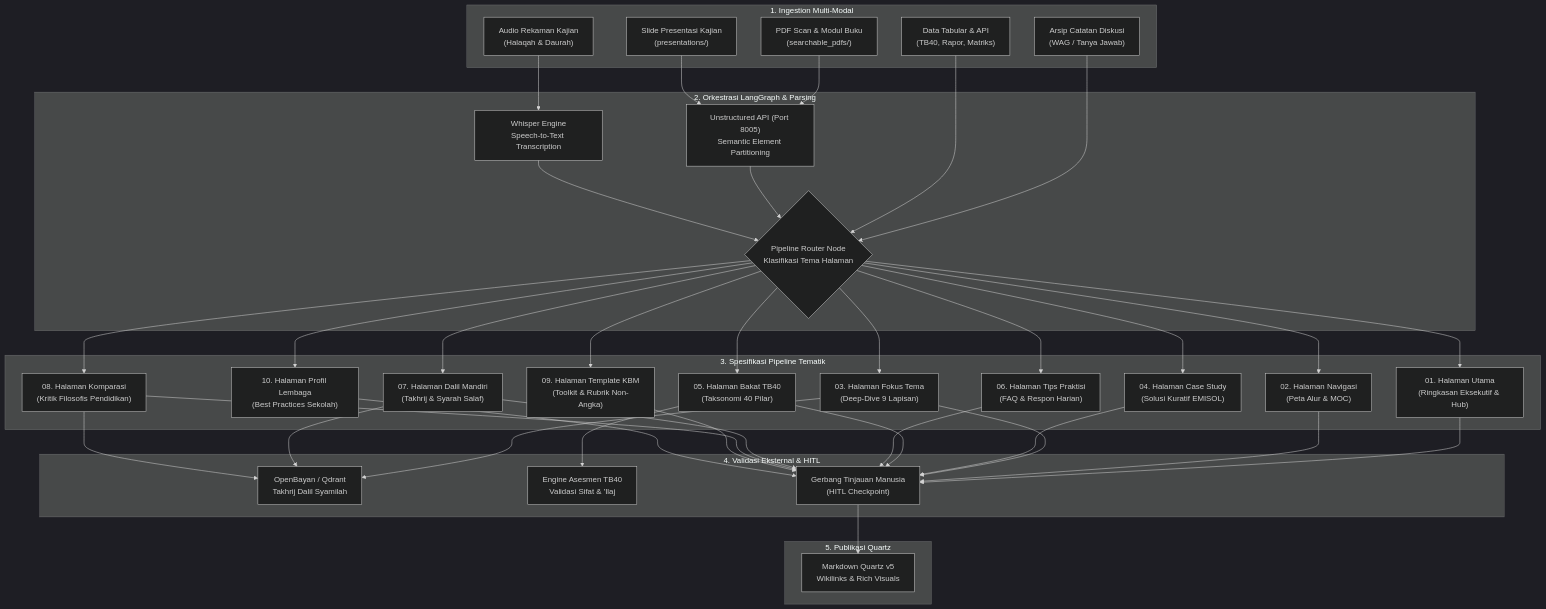
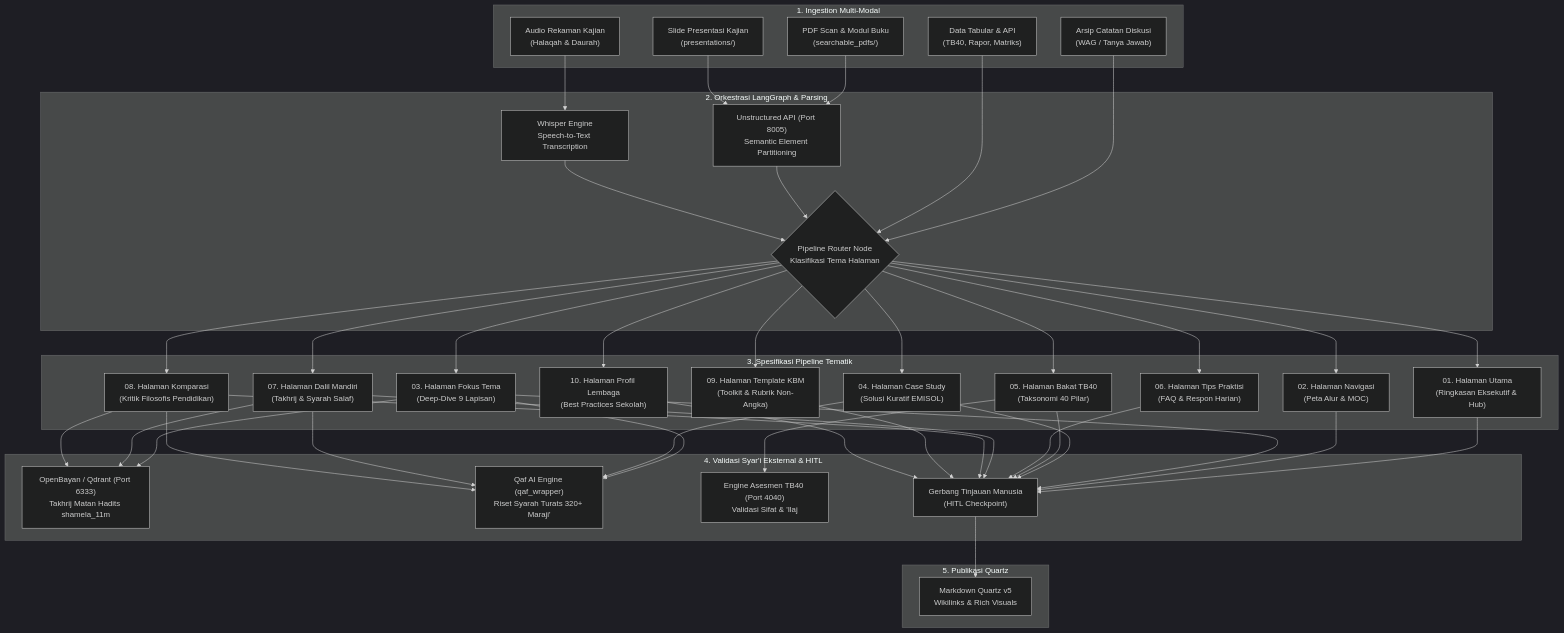
Before and after one commit to decaller/wiki-pkn: the first of 3 diagrams in pipeline_designs/README.md, drawn with Mermaid (dark theme). The commit also changed other lines of this file and 6 other files, not shown here.

Commit message:
docs(pipeline): integrate progressive disclosure, diataxis, style guide, and enterprise RAG patterns into architecture and TODO

````diff
--- a/pipeline_designs/README.md
+++ b/pipeline_designs/README.md
@@ -28,52 +30,54 @@
 ```mermaid
 flowchart TD
     subgraph INGESTION["1. Ingestion Multi-Modal"]
         RAW_PDF["PDF Scan & Modul Buku<br/>(searchable_pdfs/)"]
         RAW_PPT["Slide Presentasi Kajian<br/>(presentations/)"]
         RAW_AUDIO["Audio Rekaman Kajian<br/>(Halaqah & Daurah)"]
         RAW_CHAT["Arsip Catatan Diskusi<br/>(WAG / Tanya Jawab)"]
         RAW_DATA["Data Tabular & API<br/>(TB40, Rapor, Matriks)"]
     end
 
     subgraph ORCHESTRATION["2. Orkestrasi LangGraph & Parsing"]
         UNSTRUCT["Unstructured API (Port 8005)<br/>Semantic Element Partitioning"]
         WHISPER["Whisper Engine<br/>Speech-to-Text Transcription"]
         ROUTER{"Pipeline Router Node<br/>Klasifikasi Tema Halaman"}
     end
 
     subgraph PIPELINES["3. Spesifikasi Pipeline Tematik"]
         P1["01. Halaman Utama<br/>(Ringkasan Eksekutif & Hub)"]
         P2["02. Halaman Navigasi<br/>(Peta Alur & MOC)"]
         P3["03. Halaman Fokus Tema<br/>(Deep-Dive 9 Lapisan)"]
         P4["04. Halaman Case Study<br/>(Solusi Kuratif EMISOL)"]
         P5["05. Halaman Bakat TB40<br/>(Taksonomi 40 Pilar)"]
         P6["06. Halaman Tips Praktisi<br/>(FAQ & Respon Harian)"]
         P7["07. Halaman Dalil Mandiri<br/>(Takhrij & Syarah Salaf)"]
         P8["08. Halaman Komparasi<br/>(Kritik Filosofis Pendidikan)"]
         P9["09. Halaman Template KBM<br/>(Toolkit & Rubrik Non-Angka)"]
         P10["10. Halaman Profil Lembaga<br/>(Best Practices Sekolah)"]
     end
 
-    subgraph VERIFICATION["4. Validasi Eksternal & HITL"]
-        QDRANT["OpenBayan / Qdrant<br/>Takhrij Dalil Syamilah"]
-        TB40_API["Engine Asesmen TB40<br/>Validasi Sifat & 'Ilaj"]
+    subgraph VERIFICATION["4. Validasi Syar'i Eksternal & HITL"]
+        QDRANT["OpenBayan / Qdrant (Port 6333)<br/>Takhrij Matan Hadits shamela_11m"]
+        QAF_AI["Qaf AI Engine (qaf_wrapper)<br/>Riset Syarah Turats 320+ Maraji'"]
+        TB40_API["Engine Asesmen TB40 (Port 4040)<br/>Validasi Sifat & 'Ilaj"]
         HITL_GATE["Gerbang Tinjauan Manusia<br/>(HITL Checkpoint)"]
     end
 
     subgraph PUBLISHING["5. Publikasi Quartz"]
         QUARTZ_OUT["Markdown Quartz v5<br/>Wikilinks & Rich Visuals"]
     end
 
     RAW_PDF & RAW_PPT --> UNSTRUCT
     RAW_AUDIO --> WHISPER
     RAW_CHAT & RAW_DATA --> ROUTER
     UNSTRUCT & WHISPER --> ROUTER
 
     ROUTER --> P1 & P2 & P3 & P4 & P5 & P6 & P7 & P8 & P9 & P10
 
     P3 & P7 & P8 --> QDRANT
+    P3 & P4 & P7 & P8 --> QAF_AI
     P5 --> TB40_API
 
     P1 & P2 & P3 & P4 & P5 & P6 & P7 & P8 & P9 & P10 --> HITL_GATE
     HITL_GATE --> QUARTZ_OUT
 ```
````
